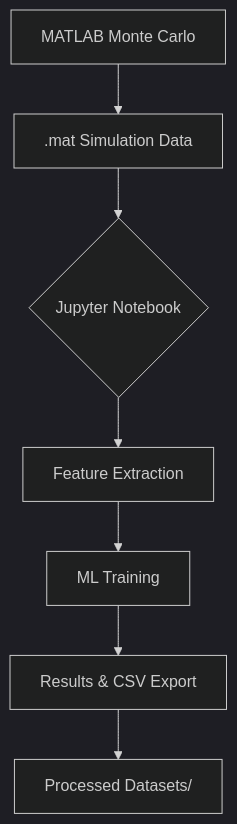
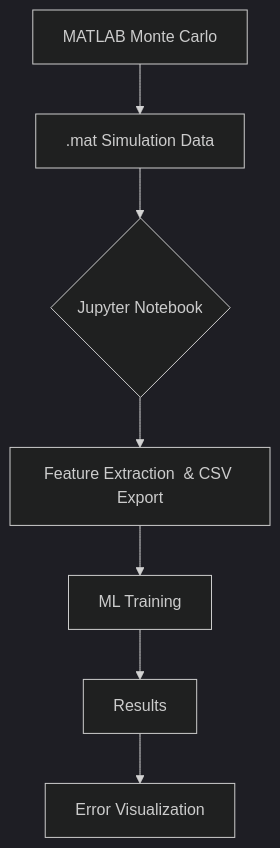
The diagram in README.md (ThemisProkos/Power-System-Inertia-Estimation-Using-Machine-Learning-Techniques-), drawn with Mermaid (dark theme) before and after one commit. The commit also changed other lines of this file, not shown here.

````diff
--- a/README.md
+++ b/README.md
@@ -270,9 +270,9 @@
   ```mermaid
   graph TD
       A[MATLAB Monte Carlo] --> B[.mat Simulation Data]
       B --> C{Jupyter Notebook}
-      C --> D[Feature Extraction]
+      C --> D[Feature Extraction  & CSV Export]
       D --> E[ML Training]
-      E --> F[Results & CSV Export]
-      F --> G[Processed Datasets/]
+      E --> F[Results]
+      F --> G[Error Visualization]
   ```
````
